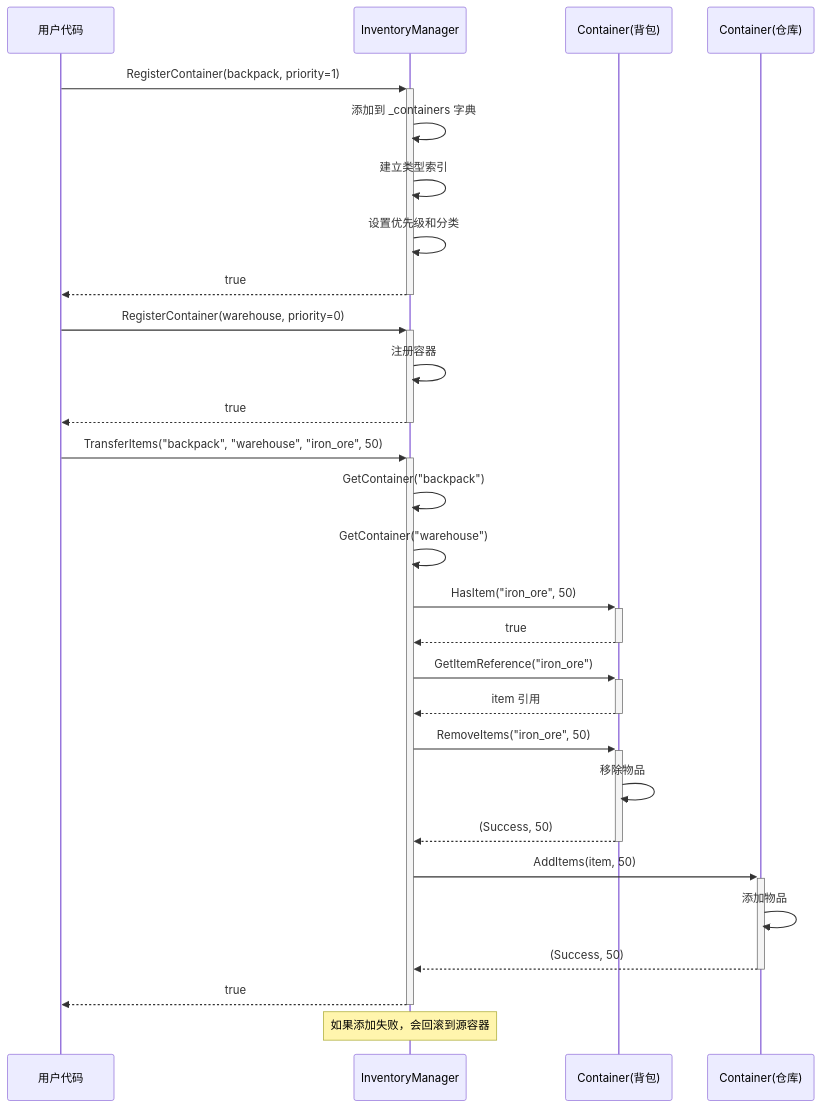
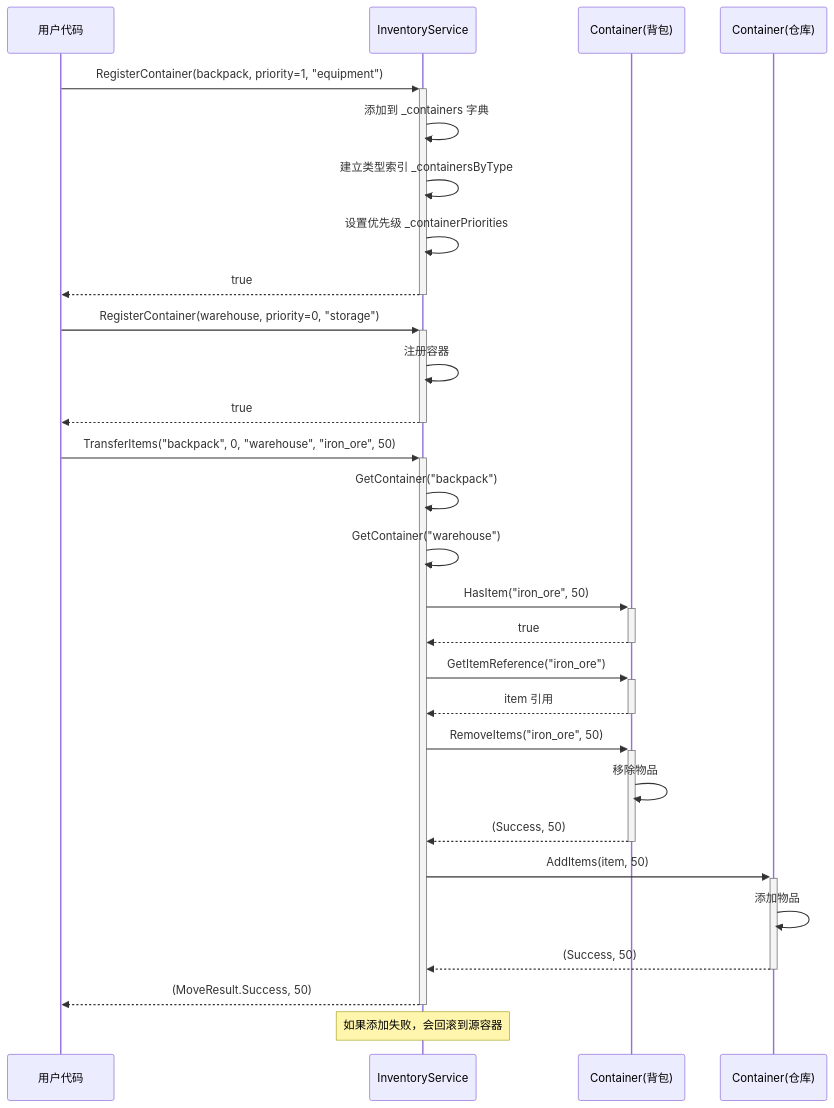
Diagram 11 of 14 in 03_CoreSystems/Inventory/Document/Diagrams.md (CutrelyAlex/UnityEasyPack), drawn with Mermaid before and after one commit. The commit also changed other lines of this file and 2 other files, not shown here.

````diff
--- a/03_CoreSystems/Inventory/Document/Diagrams.md
+++ b/03_CoreSystems/Inventory/Document/Diagrams.md
@@ -472,39 +789,39 @@
 ```mermaid
 sequenceDiagram
     participant User as 用户代码
-    participant Manager as InventoryManager
+    participant Service as InventoryService
     participant Backpack as Container(背包)
     participant Warehouse as Container(仓库)
     
-    User->>+Manager: RegisterContainer(backpack, priority=1)
-    Manager->>Manager: 添加到 _containers 字典
-    Manager->>Manager: 建立类型索引
-    Manager->>Manager: 设置优先级和分类
-    Manager-->>-User: true
+    User->>+Service: RegisterContainer(backpack, priority=1, "equipment")
+    Service->>Service: 添加到 _containers 字典
+    Service->>Service: 建立类型索引 _containersByType
+    Service->>Service: 设置优先级 _containerPriorities
+    Service-->>-User: true
     
-    User->>+Manager: RegisterContainer(warehouse, priority=0)
-    Manager->>Manager: 注册容器
-    Manager-->>-User: true
+    User->>+Service: RegisterContainer(warehouse, priority=0, "storage")
+    Service->>Service: 注册容器
+    Service-->>-User: true
     
-    User->>+Manager: TransferItems("backpack", "warehouse", "iron_ore", 50)
-    Manager->>Manager: GetContainer("backpack")
-    Manager->>Manager: GetContainer("warehouse")
+    User->>+Service: TransferItems("backpack", 0, "warehouse", "iron_ore", 50)
+    Service->>Service: GetContainer("backpack")
+    Service->>Service: GetContainer("warehouse")
     
-    Manager->>+Backpack: HasItem("iron_ore", 50)
-    Backpack-->>-Manager: true
+    Service->>+Backpack: HasItem("iron_ore", 50)
+    Backpack-->>-Service: true
     
-    Manager->>+Backpack: GetItemReference("iron_ore")
-    Backpack-->>-Manager: item 引用
+    Service->>+Backpack: GetItemReference("iron_ore")
+    Backpack-->>-Service: item 引用
     
-    Manager->>+Backpack: RemoveItems("iron_ore", 50)
+    Service->>+Backpack: RemoveItems("iron_ore", 50)
     Backpack->>Backpack: 移除物品
-    Backpack-->>-Manager: (Success, 50)
+    Backpack-->>-Service: (Success, 50)
     
-    Manager->>+Warehouse: AddItems(item, 50)
+    Service->>+Warehouse: AddItems(item, 50)
     Warehouse->>Warehouse: 添加物品
-    Warehouse-->>-Manager: (Success, 50)
+    Warehouse-->>-Service: (Success, 50)
     
-    Manager-->>-User: true
+    Service-->>-User: (MoveResult.Success, 50)
     
-    Note over Manager: 如果添加失败，会回滚到源容器
+    Note over Service: 如果添加失败，会回滚到源容器
 ```
````
